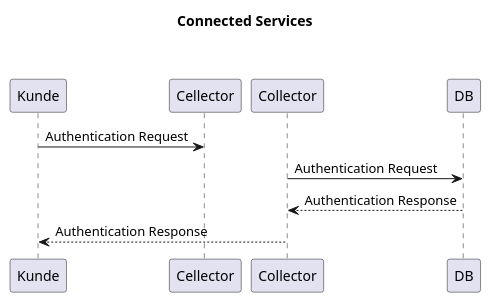
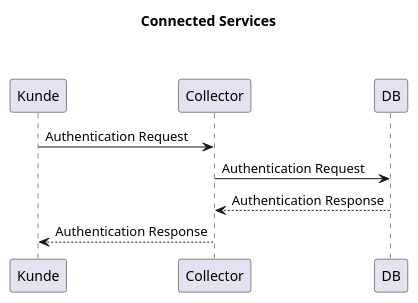
The diagram in .idea/ConnectedServices.puml (ljbg1996/car-backend), drawn with PlantUML before and after one commit. The commit also changed 1 other file, not shown here.

```diff
--- a/.idea/ConnectedServices.puml
+++ b/.idea/ConnectedServices.puml
@@ -1,8 +1,8 @@
 @startuml
 title Connected Services\n\n
 
-Kunde-> Cellector: Authentication Request
+Kunde-> Collector: Authentication Request
 Collector-> DB: Authentication Request
 DB--> Collector: Authentication Response
 Collector--> Kunde: Authentication Response
 @enduml
```
